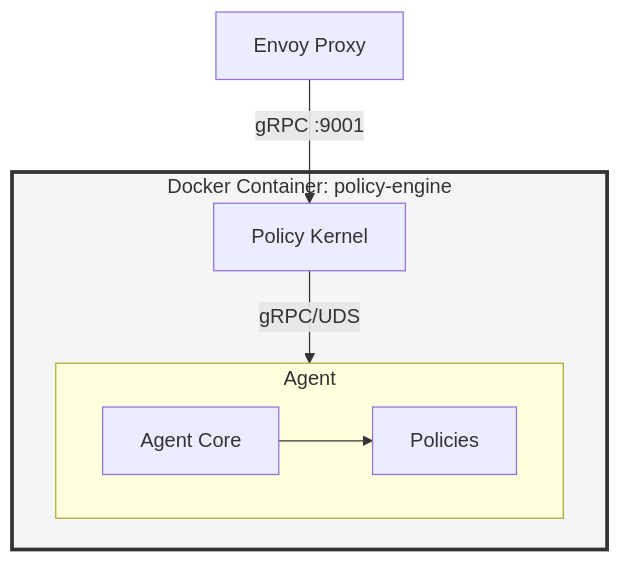
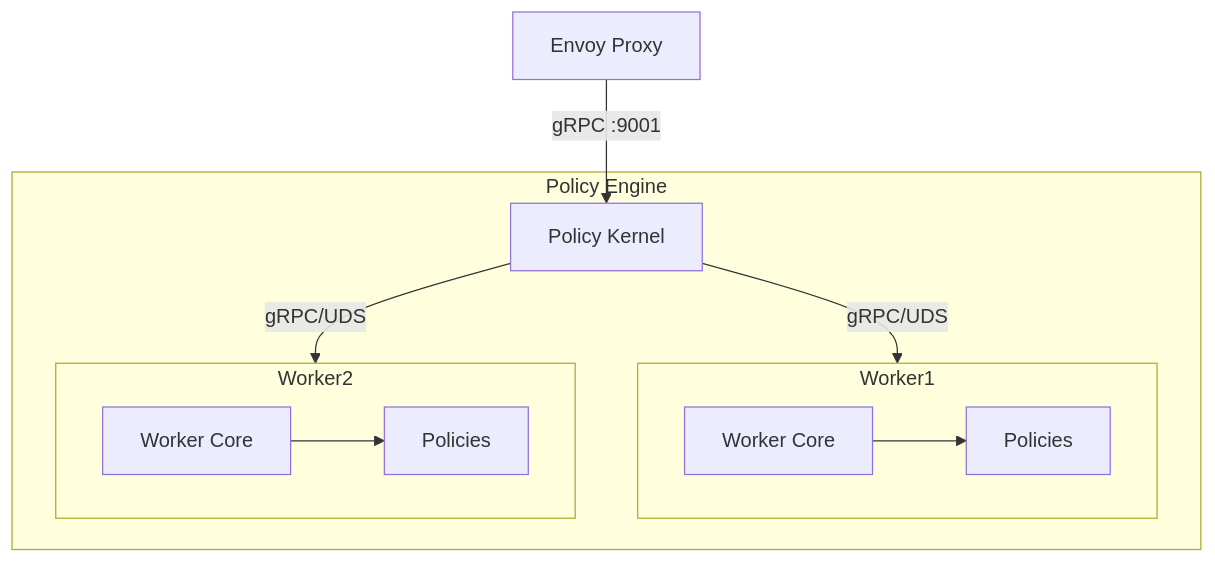
Before and after one commit to renuka-fernando/envoy-policy-engine: the diagram in README.md, drawn with Mermaid. The commit also changed other lines of this file and 5 other files, not shown here.

Commit message:
Rename agent to worker

````diff
--- a/README.md
+++ b/README.md
@@ -70,14 +70,17 @@
 ```mermaid
 graph TB
     Envoy[Envoy Proxy] -->|gRPC :9001| Kernel[Policy Kernel]
 
-    subgraph Container["Docker Container: policy-engine"]
-        Kernel -->|gRPC/UDS| Agent[Policy Agent]
+    subgraph PolicyEngine["Policy Engine"]
+        Kernel -->|gRPC/UDS| Worker1[Policy Worker 1]
+        Kernel -->|gRPC/UDS| Worker2[Policy Worker 2]
 
-        subgraph Agent
-            Core[Agent Core] --> Policies[Policies]
+        subgraph Worker1
+            Core1[Worker Core] --> Policies1[Policies]
+        end
+
+        subgraph Worker2
+            Core[Worker Core] --> Policies2[Policies]
         end
     end
-
-    style Container fill:#f5f5f5,stroke:#333,stroke-width:3px
 ```
````
